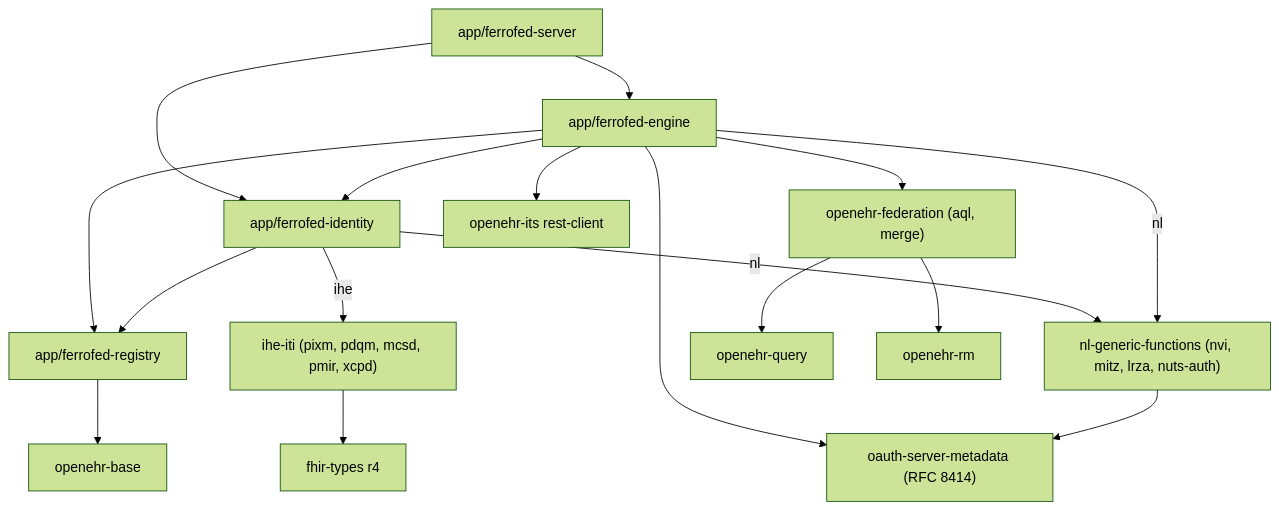
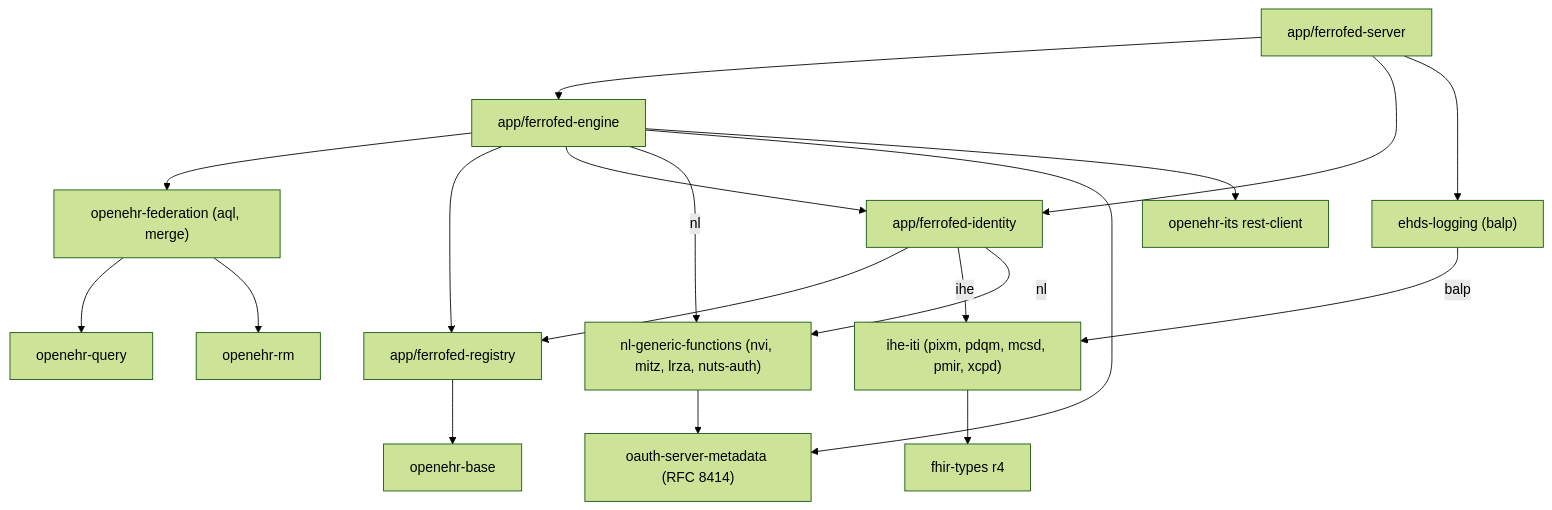
One commit to FerroHEALTH/FerroFED changed the fifth of 5 diagrams in docs/architecture.md. Above: the diagram before and after it, drawn with Mermaid (forest theme). The commit also changed other lines of this file and 34 other files, not shown here.

````diff
--- a/docs/architecture.md
+++ b/docs/architecture.md
@@ -2152,19 +2188,21 @@
 ```mermaid
 flowchart TD
     server["app/ferrofed-server"] --> engine["app/ferrofed-engine"]
     server --> identity["app/ferrofed-identity"]
     engine --> federation["openehr-federation (aql, merge)"]
     engine --> registry["app/ferrofed-registry"]
     engine --> identity
     identity --> registry
     identity -- ihe --> iti["ihe-iti (pixm, pdqm, mcsd, pmir, xcpd)"]
     identity -- nl --> nlgf["nl-generic-functions (nvi, mitz, lrza, nuts-auth)"]
     engine -- nl --> nlgf
     engine --> metadata["oauth-server-metadata (RFC 8414)"]
     nlgf --> metadata
     engine --> its["openehr-its rest-client"]
     federation --> query["openehr-query"]
     federation --> rm["openehr-rm"]
     registry --> base["openehr-base"]
     iti --> fhir["fhir-types r4"]
+    server --> logging["ehds-logging (balp)"]
+    logging -- balp --> iti
 ```
````
